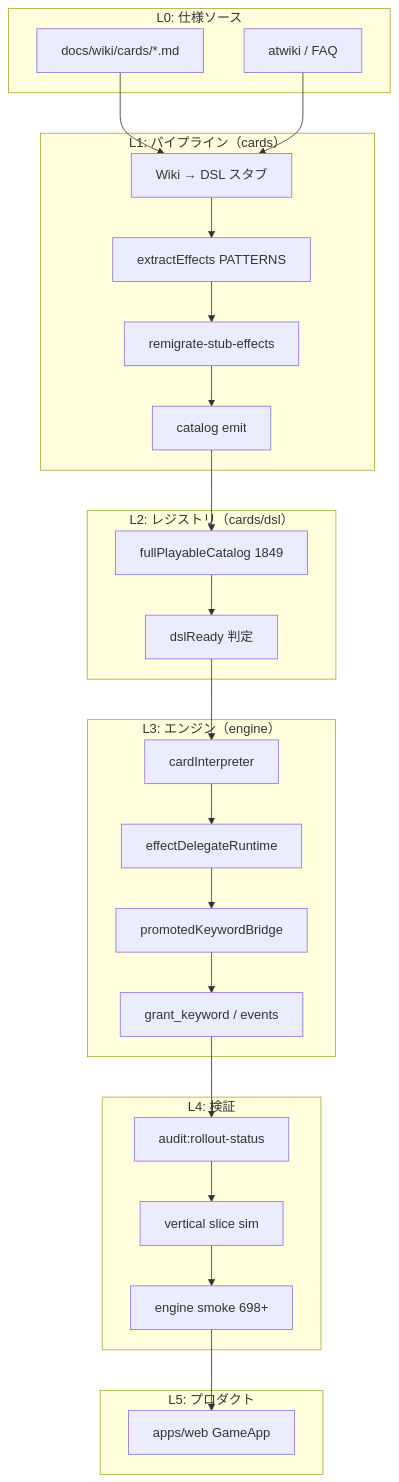
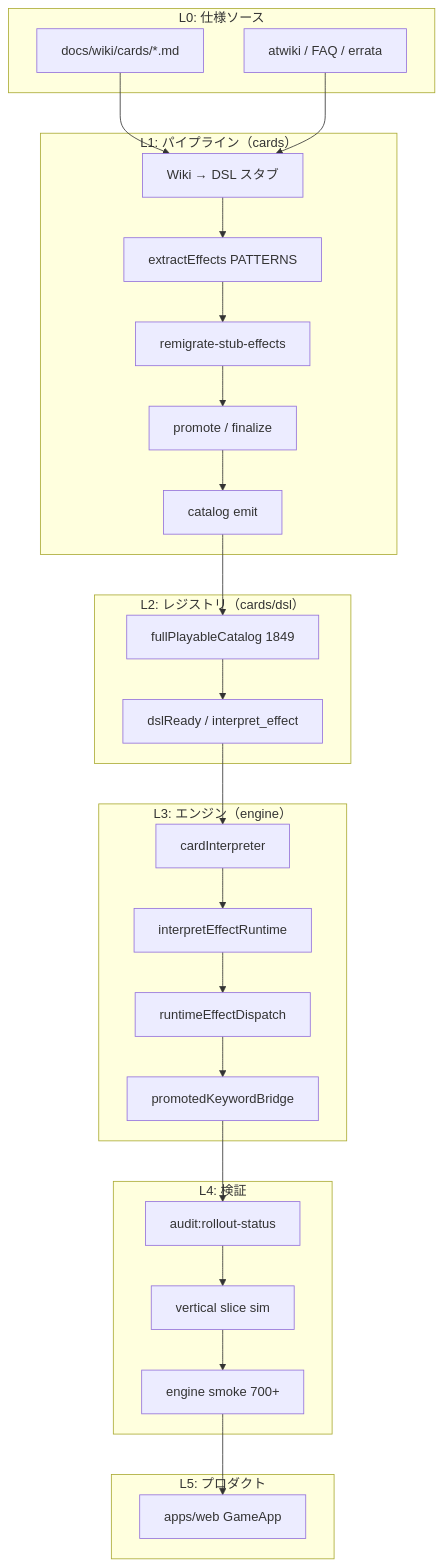
One commit to tsukasa19901012/rangers-strike changed the second of 2 diagrams in docs/architecture/full-card-rollout-process.md. Above: the diagram before and after it, drawn with Mermaid. The commit also changed other lines of this file and 13 other files, not shown here.

First line of the commit message:
G3.5: bridge engine-native keywords for promoted DSL grant_keyword.

````diff
--- a/docs/architecture/full-card-rollout-process.md
+++ b/docs/architecture/full-card-rollout-process.md
@@ -28,44 +125,45 @@
 ```mermaid
 flowchart TB
   subgraph L0["L0: 仕様ソース"]
     W[docs/wiki/cards/*.md]
-    AT[atwiki / FAQ]
+    AT[atwiki / FAQ / errata]
   end
 
   subgraph L1["L1: パイプライン（cards）"]
-  P1[Wiki → DSL スタブ]
-  P2[extractEffects PATTERNS]
-  P3[remigrate-stub-effects]
-  P4[catalog emit]
+    P1[Wiki → DSL スタブ]
+    P2[extractEffects PATTERNS]
+    P3[remigrate-stub-effects]
+    P4[promote / finalize]
+    P5[catalog emit]
   end
 
   subgraph L2["L2: レジストリ（cards/dsl）"]
-  R1[fullPlayableCatalog 1849]
-  R2[dslReady 判定]
+    R1[fullPlayableCatalog 1849]
+    R2[dslReady / interpret_effect]
   end
 
   subgraph L3["L3: エンジン（engine）"]
-  E1[cardInterpreter]
-  E2[effectDelegateRuntime]
-  E3[promotedKeywordBridge]
-  E4[grant_keyword / events]
+    E1[cardInterpreter]
+    E2[interpretEffectRuntime]
+    E3[runtimeEffectDispatch]
+    E4[promotedKeywordBridge]
   end
 
   subgraph L4["L4: 検証"]
-  T1[audit:rollout-status]
-  T2[vertical slice sim]
-  T3[engine smoke 698+]
+    T1[audit:rollout-status]
+    T2[vertical slice sim]
+    T3[engine smoke 700+]
   end
 
   subgraph L5["L5: プロダクト"]
     WEB[apps/web GameApp]
   end
 
   W --> P1
   AT --> P1
-  P1 --> P2 --> P3 --> P4
-  P4 --> R1 --> R2
+  P1 --> P2 --> P3 --> P4 --> P5
+  P5 --> R1 --> R2
   R2 --> E1 --> E2 --> E3 --> E4
   E4 --> T1 --> T2 --> T3
   T3 --> WEB
 ```
````
